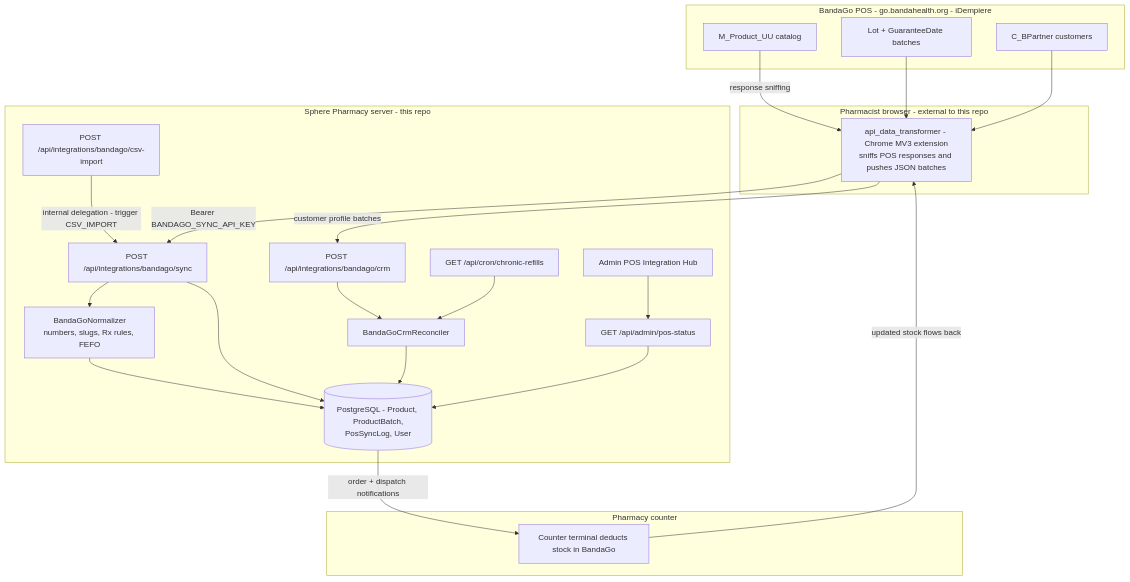
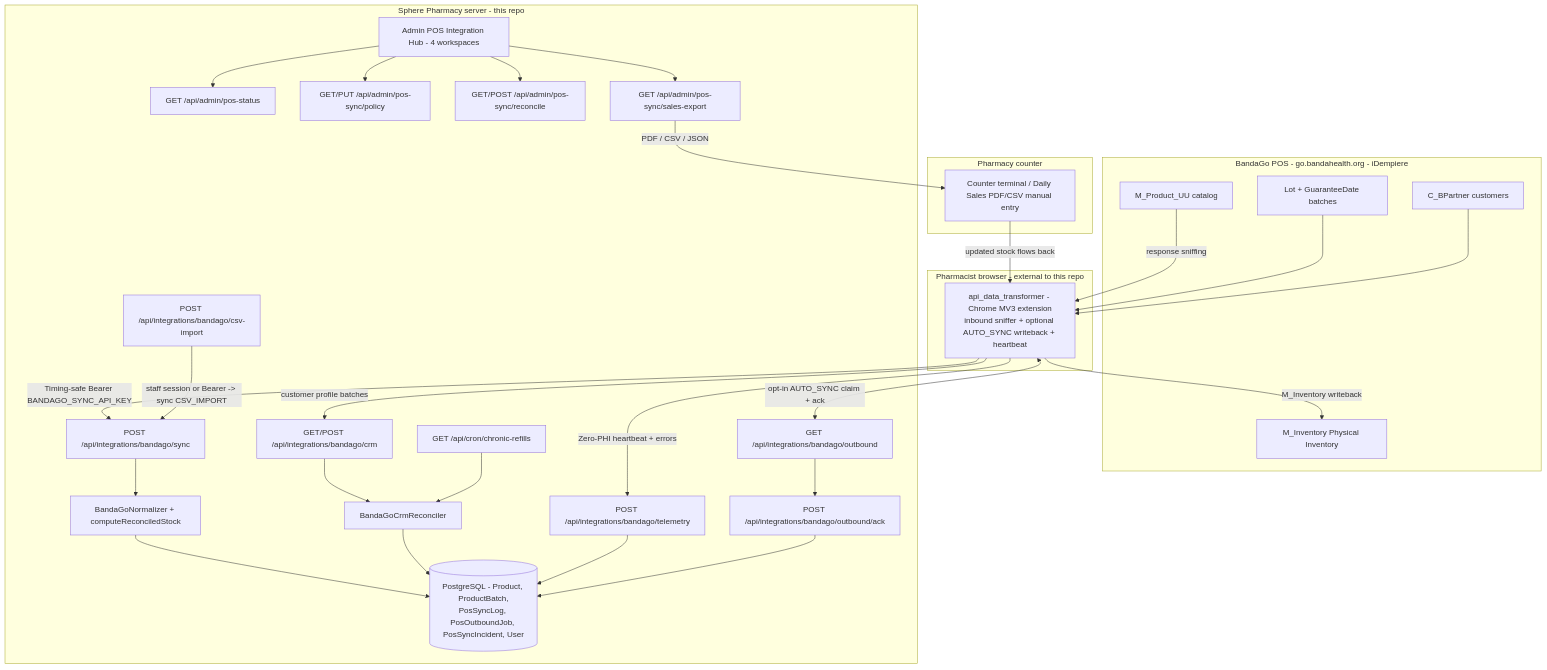
Before and after one commit to Elvinoacer/sphere_pharmacy: the first of 3 diagrams in docs/integrations/bandago-pos-crm.md, drawn with Mermaid. The commit also changed other lines of this file and 47 other files, not shown here.

Commit message:
docs: sync documentation with portal, BandaGo bidirectional sync, and repo cleanup

````diff
--- a/docs/integrations/bandago-pos-crm.md
+++ b/docs/integrations/bandago-pos-crm.md
@@ -22,45 +26,59 @@
 ```mermaid
 flowchart TB
     subgraph BANDAGO["BandaGo POS - go.bandahealth.org - iDempiere"]
         MPROD["M_Product_UU catalog"]
         LOTS["Lot + GuaranteeDate batches"]
         CBP["C_BPartner customers"]
+        MINV["M_Inventory Physical Inventory"]
     end
 
     subgraph BROWSER["Pharmacist browser - external to this repo"]
-        EXT["api_data_transformer - Chrome MV3 extension<br>sniffs POS responses and pushes JSON batches"]
+        EXT["api_data_transformer - Chrome MV3 extension<br/>inbound sniffer + optional AUTO_SYNC writeback + heartbeat"]
     end
 
     subgraph COUNTER["Pharmacy counter"]
-        TERM["Counter terminal deducts stock in BandaGo"]
+        TERM["Counter terminal / Daily Sales PDF/CSV manual entry"]
     end
 
     subgraph SPHERE["Sphere Pharmacy server - this repo"]
         SYNC["POST /api/integrations/bandago/sync"]
         CSVIMP["POST /api/integrations/bandago/csv-import"]
-        NORM["BandaGoNormalizer<br>numbers, slugs, Rx rules, FEFO"]
-        CRM["POST /api/integrations/bandago/crm"]
+        OUTCLAIM["GET /api/integrations/bandago/outbound"]
+        OUTACK["POST /api/integrations/bandago/outbound/ack"]
+        TELEM["POST /api/integrations/bandago/telemetry"]
+        NORM["BandaGoNormalizer + computeReconciledStock"]
+        CRM["GET/POST /api/integrations/bandago/crm"]
         RECON["BandaGoCrmReconciler"]
         CRON["GET /api/cron/chronic-refills"]
         STATUS["GET /api/admin/pos-status"]
-        HUB["Admin POS Integration Hub"]
-        DB[("PostgreSQL - Product, ProductBatch,<br>PosSyncLog, User")]
+        POLICY["GET/PUT /api/admin/pos-sync/policy"]
+        RECONAPI["GET/POST /api/admin/pos-sync/reconcile"]
+        EXPORT["GET /api/admin/pos-sync/sales-export"]
+        HUB["Admin POS Integration Hub - 4 workspaces"]
+        DB[("PostgreSQL - Product, ProductBatch,<br/>PosSyncLog, PosOutboundJob, PosSyncIncident, User")]
     end
 
     MPROD -->|"response sniffing"| EXT
     LOTS --> EXT
     CBP --> EXT
-    EXT -->|"Bearer BANDAGO_SYNC_API_KEY"| SYNC
+    EXT -->|"Timing-safe Bearer BANDAGO_SYNC_API_KEY"| SYNC
     EXT -->|"customer profile batches"| CRM
-    CSVIMP -->|"internal delegation - trigger CSV_IMPORT"| SYNC
+    EXT -->|"Zero-PHI heartbeat + errors"| TELEM
+    EXT <-->|"opt-in AUTO_SYNC claim + ack"| OUTCLAIM
+    OUTCLAIM --> OUTACK
+    EXT -->|"M_Inventory writeback"| MINV
+    CSVIMP -->|"staff session or Bearer -> sync CSV_IMPORT"| SYNC
     SYNC --> NORM
     NORM --> DB
-    SYNC --> DB
     CRM --> RECON
     RECON --> DB
     CRON --> RECON
-    STATUS --> DB
+    TELEM --> DB
+    OUTACK --> DB
     HUB --> STATUS
-    DB -->|"order + dispatch notifications"| TERM
+    HUB --> POLICY
+    HUB --> RECONAPI
+    HUB --> EXPORT
+    EXPORT -->|"PDF / CSV / JSON"| TERM
     TERM -->|"updated stock flows back"| EXT
 ```
````
